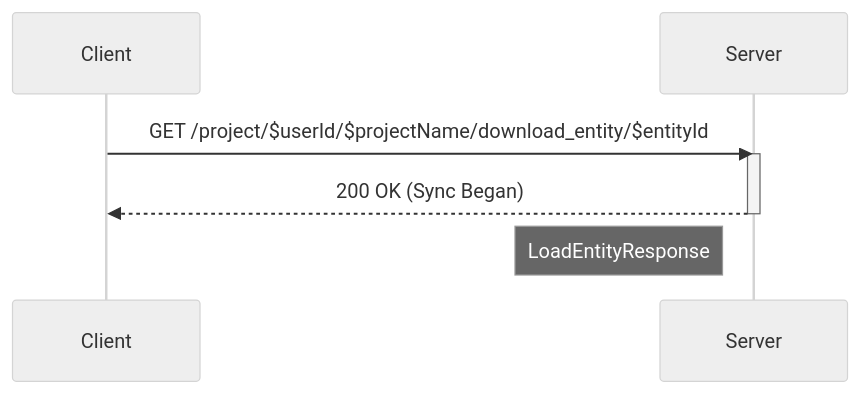
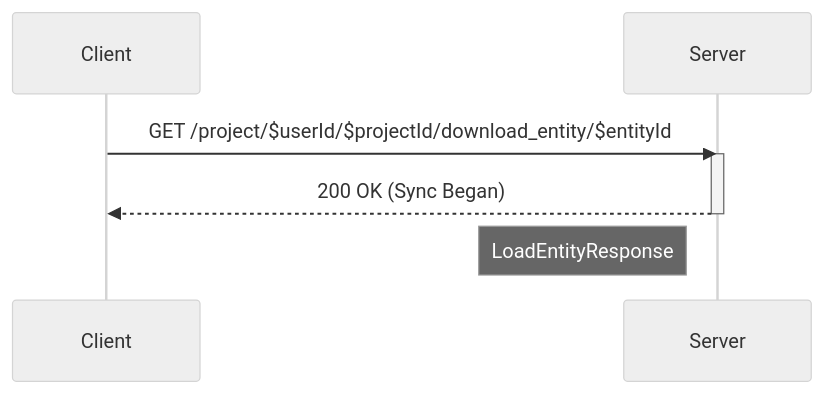
The fourth of 10 diagrams in docs/SYNCING-PROTOCOL.md (Darkrock-Studios/hammer-editor), drawn with Mermaid (neutral theme) before and after one commit. The commit also changed other lines of this file and 33 other files, not shown here.

````diff
--- a/docs/SYNCING-PROTOCOL.md
+++ b/docs/SYNCING-PROTOCOL.md
@@ -264,13 +264,13 @@
 ```mermaid
 sequenceDiagram
     participant Client
     participant Server
 
-    Client->>Server: GET /project/$userId/$projectName/download_entity/$entityId
+    Client->>Server: GET /project/$userId/$projectId/download_entity/$entityId
 	activate Server
 
 	Server -->> Client: 200 OK (Sync Began)
 	deactivate Server
 	activate Client
 	Note left of Server: LoadEntityResponse
 ```
````
